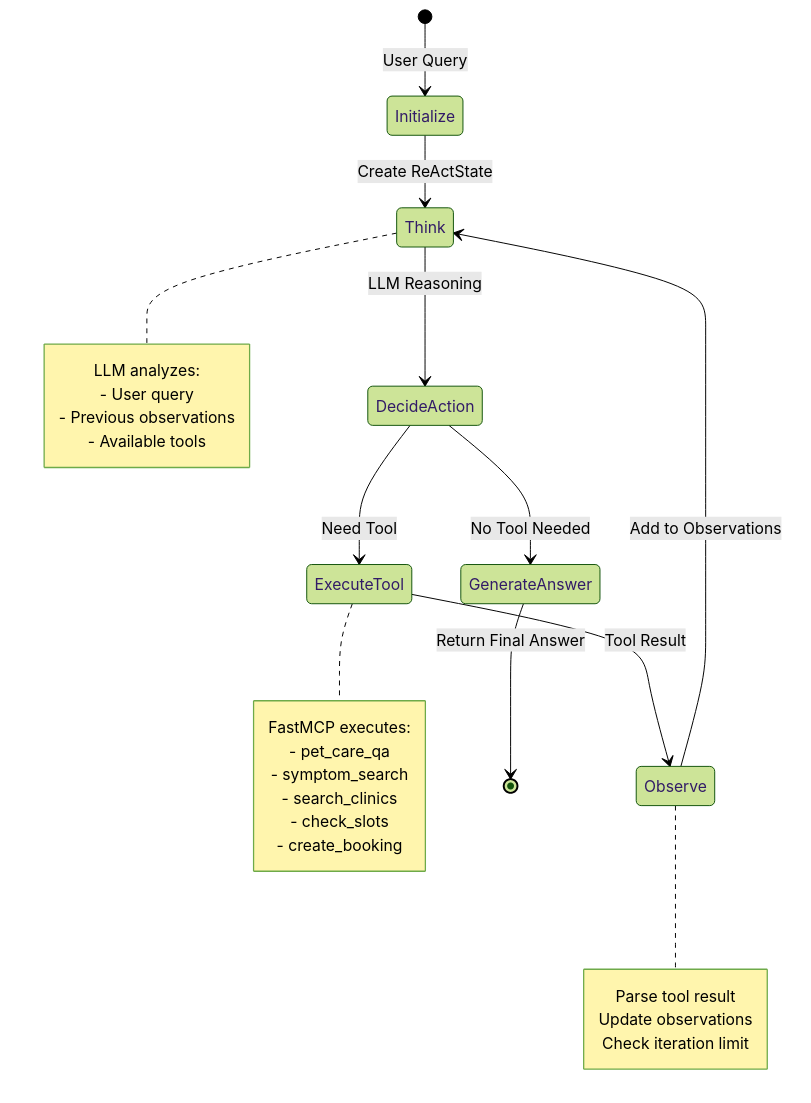
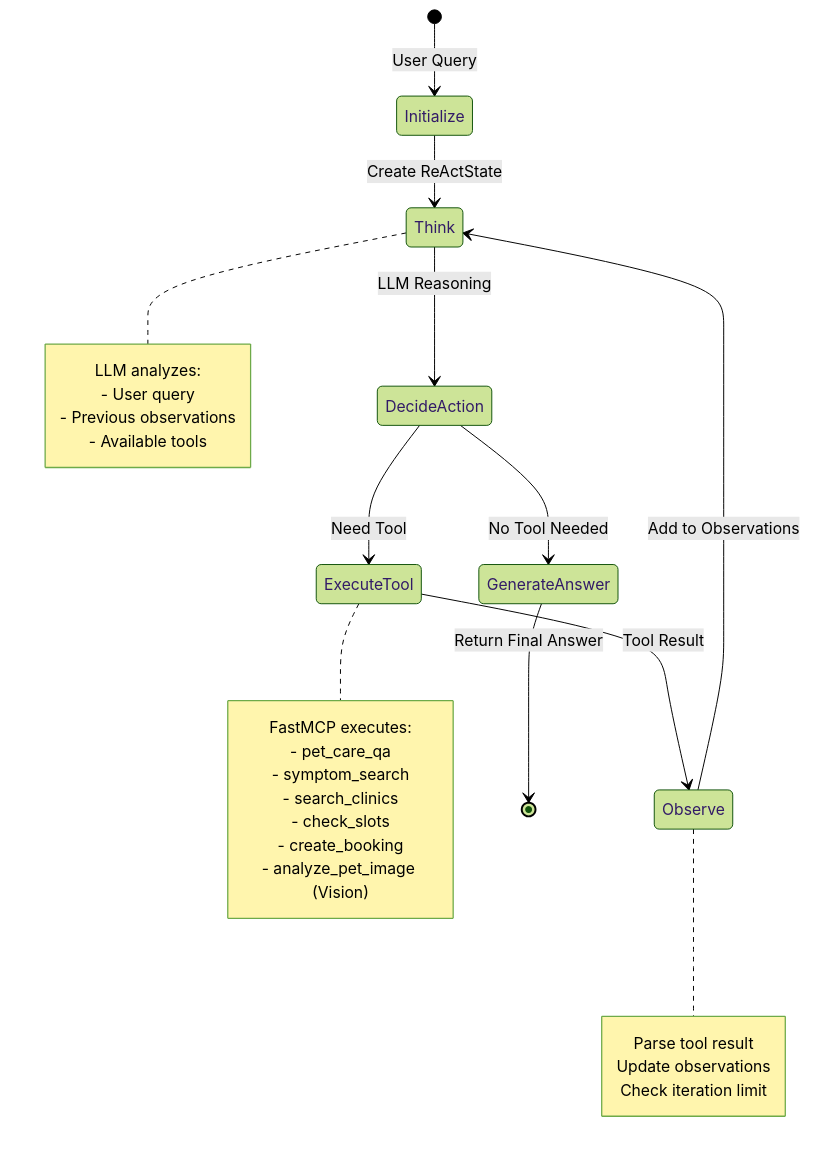
One commit to espresso23/Petties-Veterinary-Appointment-Booking-Platform changed the fourth of 19 diagrams in docs-references/documentation/SDD/AI_AGENT_SERVICE_SDD.md. Above: the diagram before and after it, drawn with Mermaid (forest theme). The commit also changed other lines of this file and 16 other files, not shown here.

````diff
--- a/docs-references/documentation/SDD/AI_AGENT_SERVICE_SDD.md
+++ b/docs-references/documentation/SDD/AI_AGENT_SERVICE_SDD.md
@@ -191,38 +191,39 @@
 ```mermaid
 stateDiagram-v2
     [*] --> Initialize: User Query
 
     Initialize --> Think: Create ReActState
 
     Think --> DecideAction: LLM Reasoning
 
     DecideAction --> ExecuteTool: Need Tool
     DecideAction --> GenerateAnswer: No Tool Needed
 
     ExecuteTool --> Observe: Tool Result
     Observe --> Think: Add to Observations
 
     GenerateAnswer --> [*]: Return Final Answer
 
     note right of Think
         LLM analyzes:
         - User query
         - Previous observations
         - Available tools
     end note
 
     note right of ExecuteTool
         FastMCP executes:
         - pet_care_qa
         - symptom_search
         - search_clinics
         - check_slots
         - create_booking
+        - analyze_pet_image (Vision)
     end note
 
     note right of Observe
         Parse tool result
         Update observations
         Check iteration limit
     end note
 ```
````
